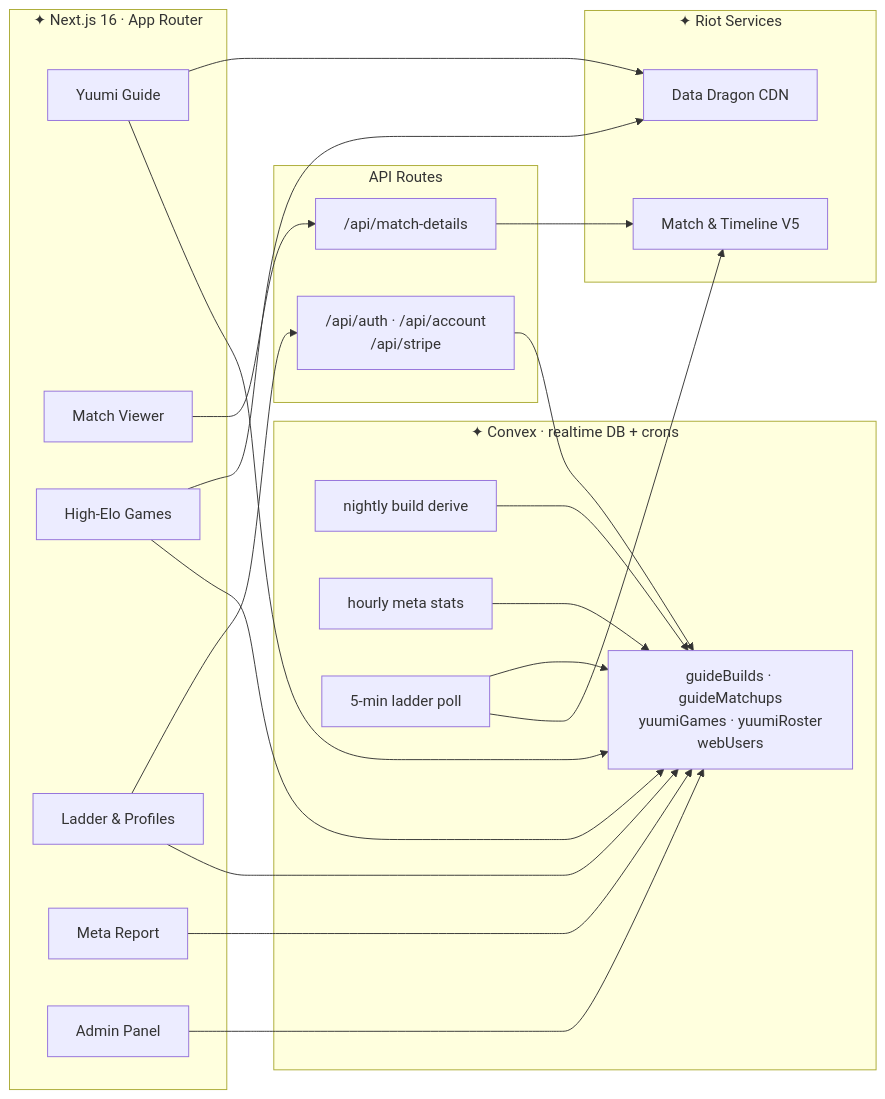
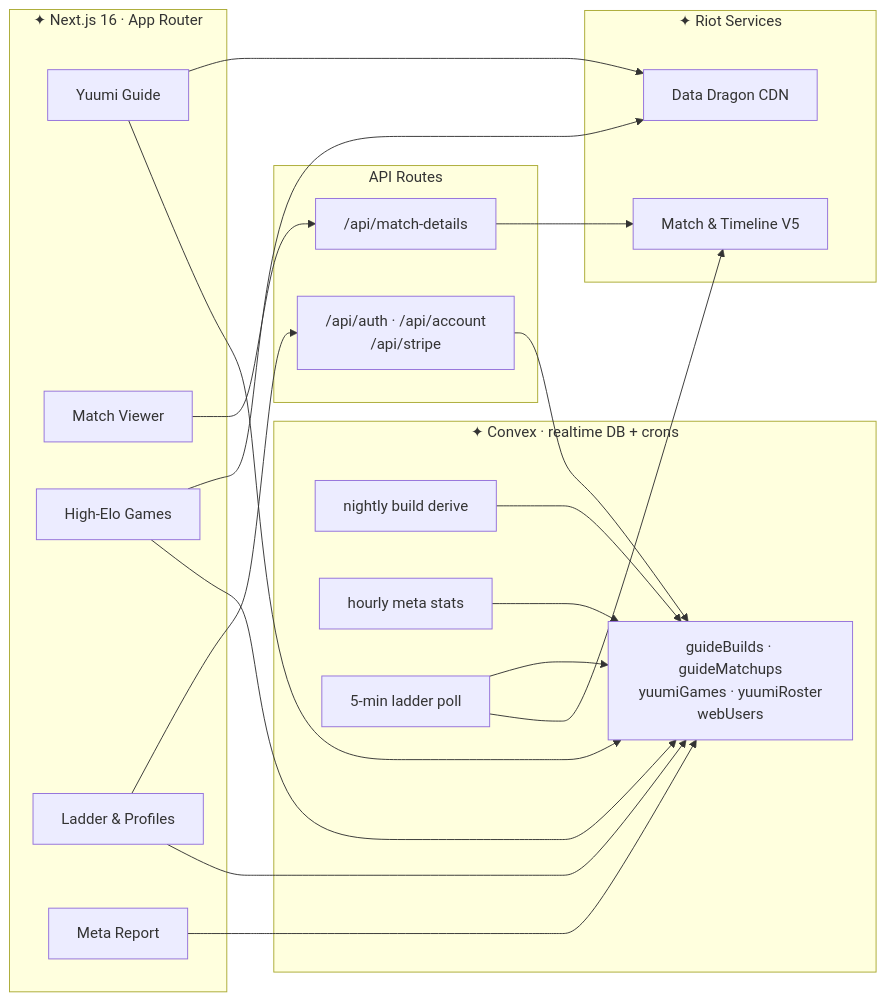
The diagram in README.md (MercyMeow/YuumiChallenges), drawn with Mermaid before and after one commit. The commit also changed other lines of this file and 31 other files, not shown here.

````diff
--- a/README.md
+++ b/README.md
@@ -145,39 +144,37 @@
 ```mermaid
 flowchart LR
   subgraph Client["✦ Next.js 16 · App Router"]
     Guide["Yuumi Guide"]
     Viewer["Match Viewer"]
     Feed["High-Elo Games"]
     Ladder["Ladder & Profiles"]
     Stats["Meta Report"]
-    Admin["Admin Panel"]
   end
   subgraph Edge["API Routes"]
     MatchAPI["/api/match-details"]
     AccountAPI["/api/auth · /api/account<br/>/api/stripe"]
   end
   subgraph Backend["✦ Convex · realtime DB + crons"]
     DB["guideBuilds · guideMatchups<br/>yuumiGames · yuumiRoster<br/>webUsers"]
     BuildCron["nightly build derive"]
     MetaCron["hourly meta stats"]
     Poll["5-min ladder poll"]
   end
   subgraph Riot["✦ Riot Services"]
     RiotAPI["Match &amp; Timeline V5"]
     DDragon["Data Dragon CDN"]
   end
 
   Viewer --> MatchAPI --> RiotAPI
   Guide --> DB
   Ladder --> DB
   Feed --> DB
   Stats --> DB
-  Admin --> DB
   Ladder --> AccountAPI --> DB
   Guide --> DDragon
   Feed --> DDragon
   Poll --> RiotAPI
   Poll --> DB
   MetaCron --> DB
   BuildCron --> DB
 ```
````
